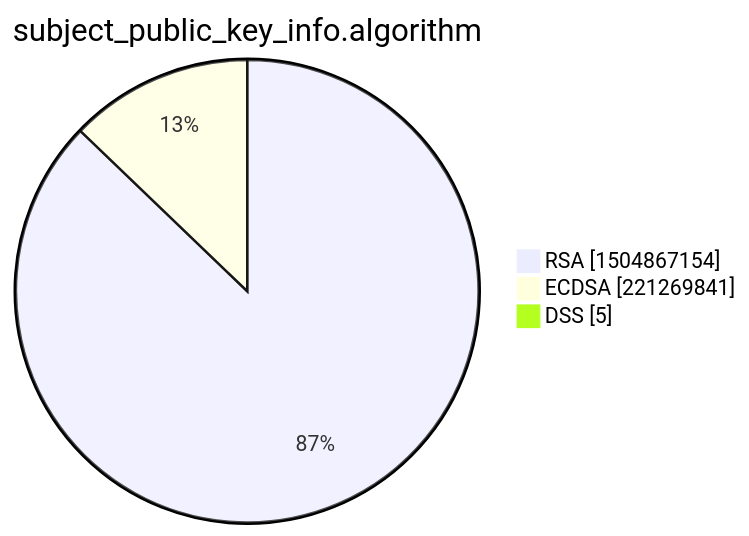
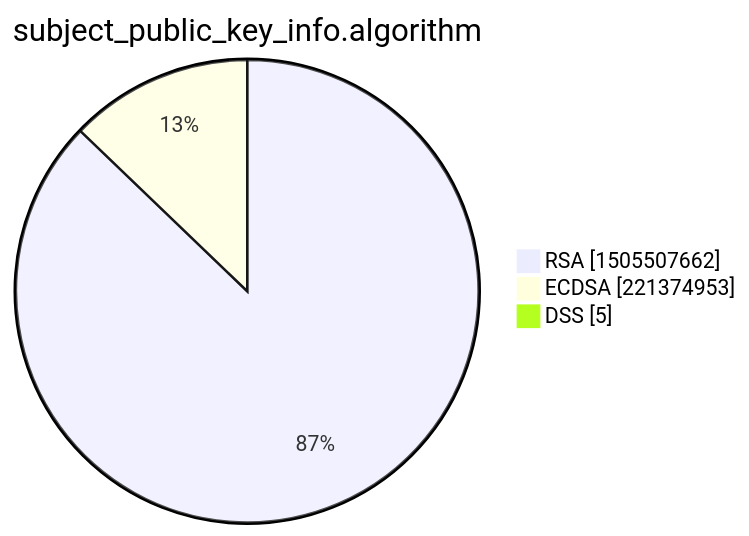
One commit to christiankrug/ctmonitor_visualization changed the third of 15 diagrams in xenon2022/README.md. Above: the diagram before and after it, drawn with Mermaid. The commit also changed other lines of this file, not shown here.

````diff
--- a/xenon2022/README.md
+++ b/xenon2022/README.md
@@ -14,7 +14,7 @@
 ```mermaid
 pie showData
 title subject_public_key_info.algorithm
-"RSA" :1504867154
-"ECDSA" :221269841
+"RSA" :1505507662
+"ECDSA" :221374953
 "DSS" :5
 ```
````
